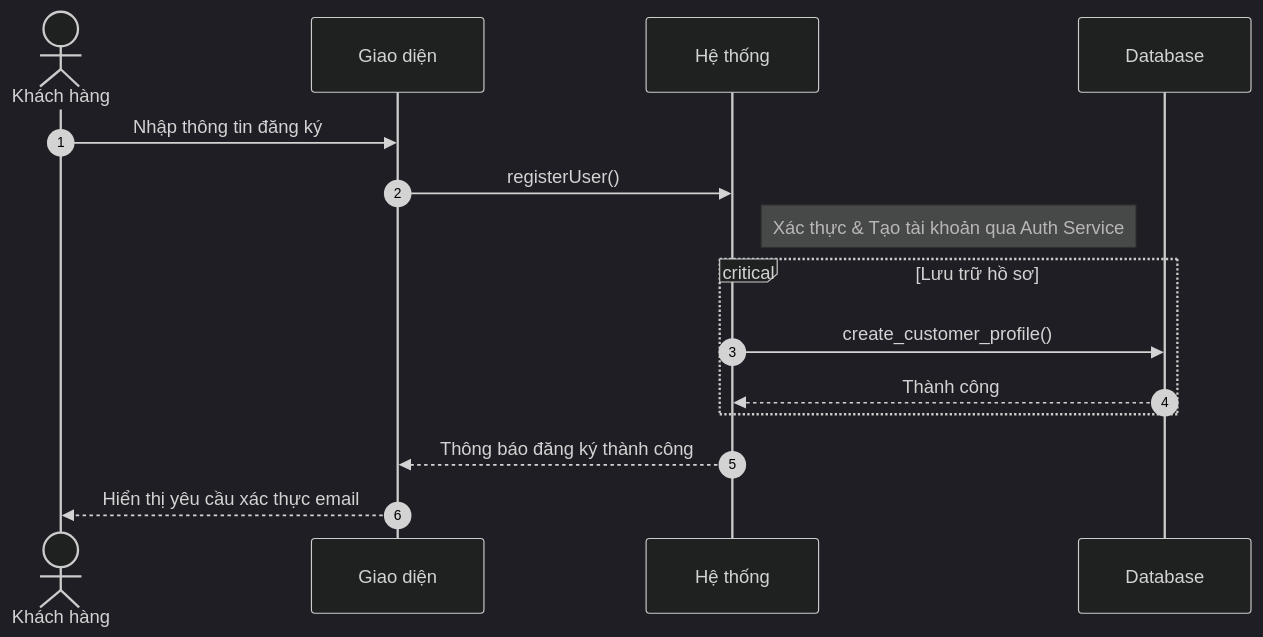
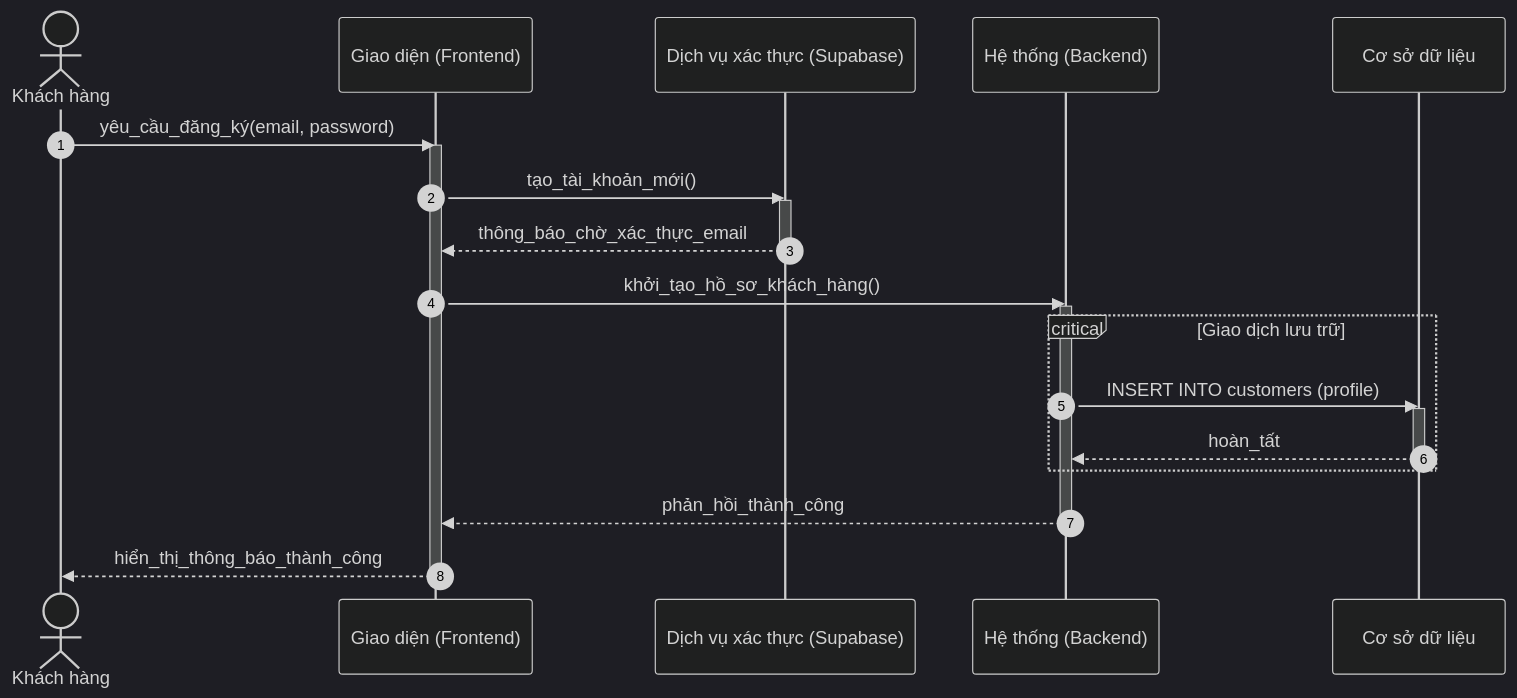
The first of 3 diagrams in docs/design/sequences_simplified/authentication.md (ngoctinn/Synapse), drawn with Mermaid (dark theme) before and after one commit. The commit also changed other lines of this file and 4 other files, not shown here.

Commit message:
docs: Add simplified sequence diagrams for receptionist, technician, admin, customer, and authentication flows.

````diff
--- a/docs/design/sequences_simplified/authentication.md
+++ b/docs/design/sequences_simplified/authentication.md
@@ -9,21 +9,30 @@
 ```mermaid
 sequenceDiagram
     autonumber
     actor KH as Khách hàng
-    participant UI as Giao diện
-    participant HT as Hệ thống
-    participant DB as Database
+    participant FE as Giao diện (Frontend)
+    participant SUPA as Dịch vụ xác thực (Supabase)
+    participant BE as Hệ thống (Backend)
+    participant DB as Cơ sở dữ liệu
 
-    KH->>UI: Nhập thông tin đăng ký
-    UI->>HT: registerUser()
+    KH->>FE: yêu_cầu_đăng_ký(email, password)
+    activate FE
+    FE->>SUPA: tạo_tài_khoản_mới()
+    activate SUPA
+    SUPA-->>FE: thông_báo_chờ_xác_thực_email
+    deactivate SUPA
 
-    Note right of HT: Xác thực & Tạo tài khoản qua Auth Service
+    FE->>BE: khởi_tạo_hồ_sơ_khách_hàng()
+    activate BE
+    critical Giao dịch lưu trữ
+        BE->>DB: INSERT INTO customers (profile)
+        activate DB
+        DB-->>BE: hoàn_tất
+        deactivate DB
+    end
+    BE-->>FE: phản_hồi_thành_công
+    deactivate BE
 
-    critical Lưu trữ hồ sơ
-        HT->>DB: create_customer_profile()
-        DB-->>HT: Thành công
-    end
-
-    HT-->>UI: Thông báo đăng ký thành công
-    UI-->>KH: Hiển thị yêu cầu xác thực email
+    FE-->>KH: hiển_thị_thông_báo_thành_công
+    deactivate FE
 ```
````
